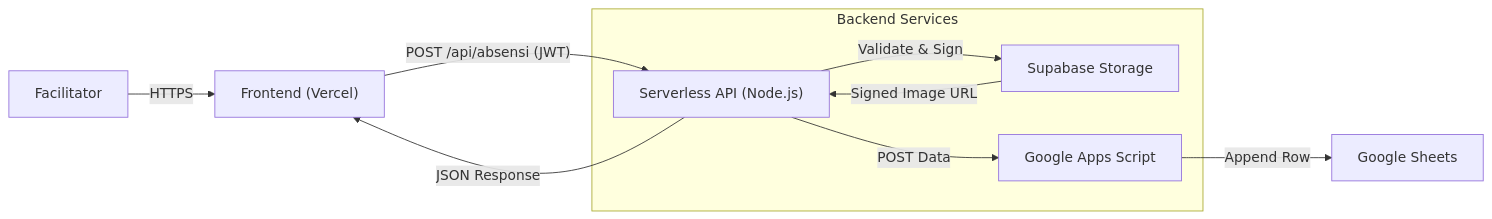
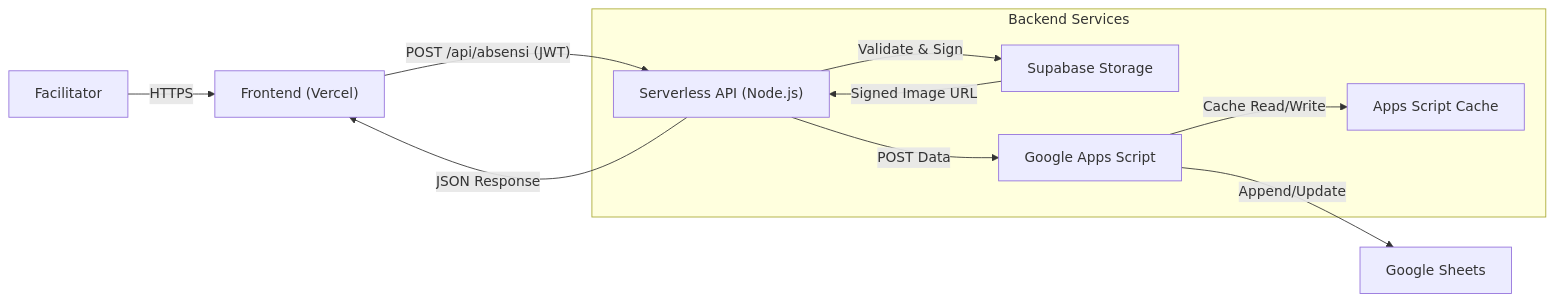
The diagram in README.md (ojeeeeedev/absensikatekumen), drawn with Mermaid before and after one commit. The commit also changed other lines of this file and 3 other files, not shown here.

````diff
--- a/README.md
+++ b/README.md
@@ -42,15 +51,16 @@
 ```mermaid
 graph LR
     User[Facilitator] -- HTTPS --> Frontend["Frontend (Vercel)"]
     Frontend -- "POST /api/absensi (JWT)" --> API["Serverless API (Node.js)"]
 
     subgraph "Backend Services"
     API -- "Validate & Sign" --> Supabase[Supabase Storage]
     API -- "POST Data" --> GAS[Google Apps Script]
+    GAS -- "Cache Read/Write" --> Cache[Apps Script Cache]
     end
 
-    GAS -- "Append Row" --> Sheet[Google Sheets]
+    GAS -- "Append/Update" --> Sheet[Google Sheets]
     Supabase -- "Signed Image URL" --> API
 
     API -- "JSON Response" --> Frontend
 ```
````
